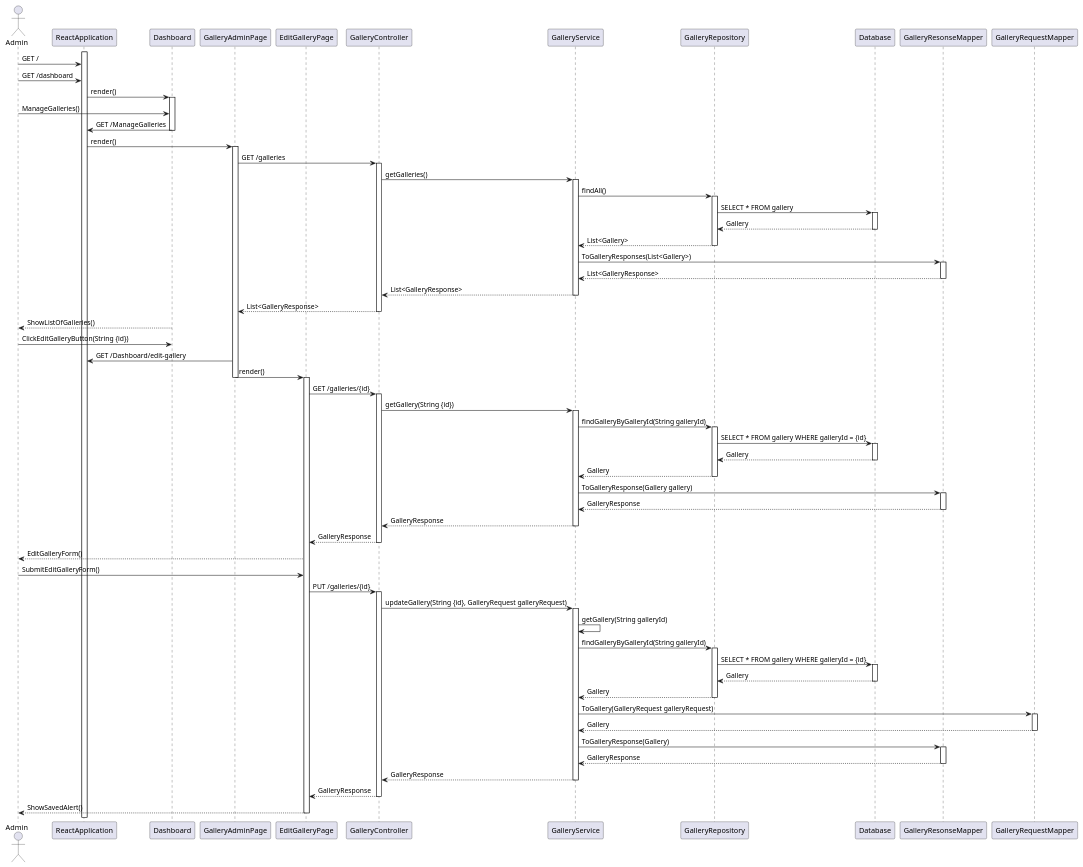
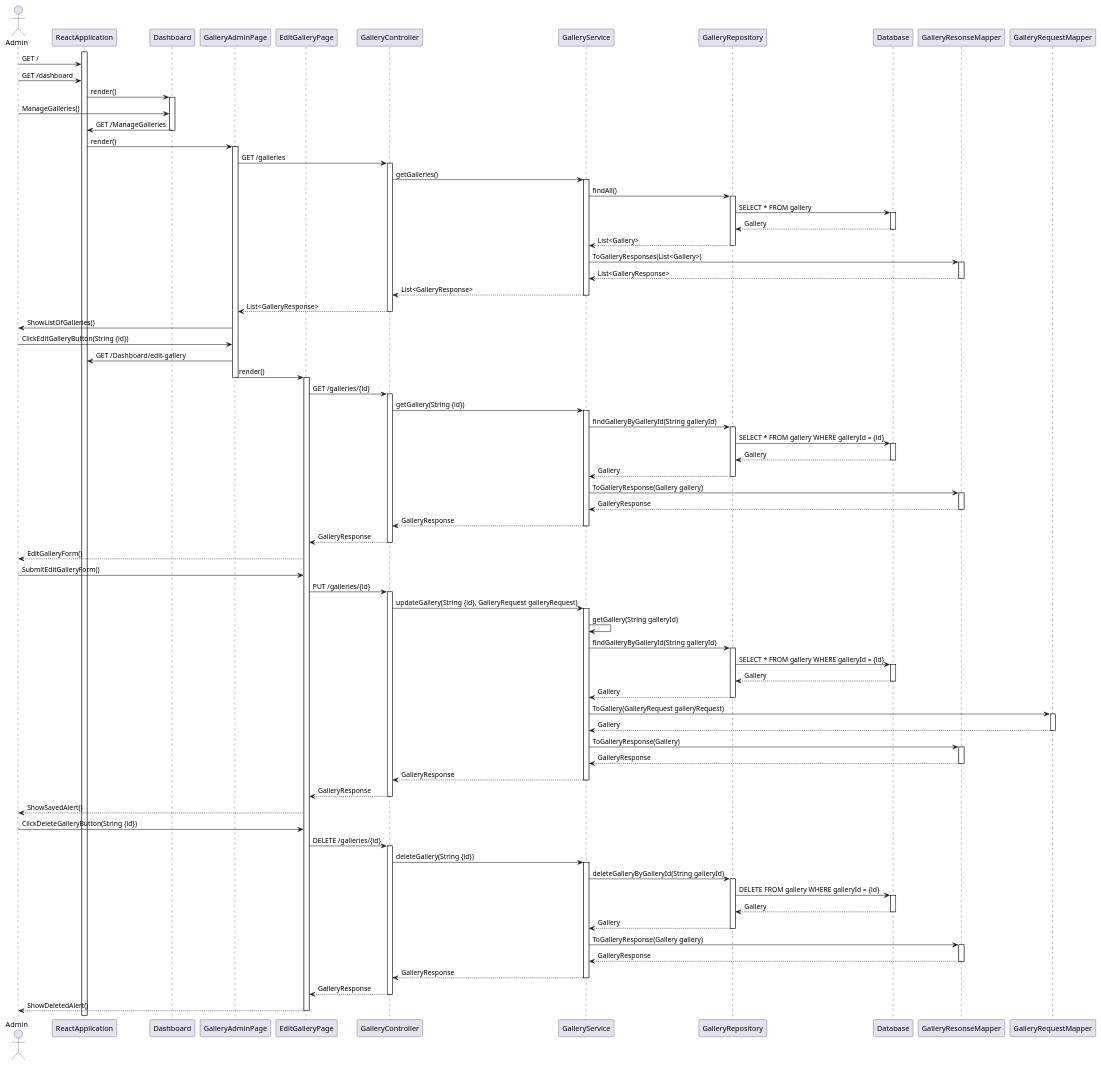
One commit to DylanBrass/Corso-Website changed the diagram in Sprint_1/View_Carousel/Design-lvl-SSD-Admin.puml. Above: the diagram before and after it, drawn with PlantUML. The commit also changed 1 other file, not shown here.

Commit message:
Update the use case diagrams

```diff
--- a/Sprint_1/View_Carousel/Design-lvl-SSD-Admin.puml
+++ b/Sprint_1/View_Carousel/Design-lvl-SSD-Admin.puml
@@ -67,9 +67,9 @@
 deactivate GalleryController
 
 
-Dashboard --> Admin : ShowListOfGalleries()
+GalleryAdminPage -> Admin : ShowListOfGalleries()
 
-Admin -> Dashboard : ClickEditGalleryButton(String {id})
+Admin -> GalleryAdminPage : ClickEditGalleryButton(String {id})
 
 
 
@@ -183,11 +183,51 @@
 
     EditGalleryPage --> Admin : ShowSavedAlert()
 
+    Admin -> EditGalleryPage : ClickDeleteGalleryButton(String {id})
+
+    EditGalleryPage -> GalleryController : DELETE /galleries/{id}
+
+    activate GalleryController
+
+    GalleryController -> GalleryService : deleteGallery(String {id})
+
+    activate GalleryService
+
+    GalleryService -> GalleryRepository : deleteGalleryByGalleryId(String galleryId)
+
+    activate GalleryRepository
+
+    GalleryRepository -> Database : DELETE FROM gallery WHERE galleryId = {id}
+
+    activate Database
+
+    Database --> GalleryRepository : Gallery
+
+    deactivate Database
+
+    GalleryRepository --> GalleryService : Gallery
+
+    deactivate GalleryRepository
 
 
+    GalleryService -> GalleryResonseMapper : ToGalleryResponse(Gallery gallery)
+
+    activate GalleryResonseMapper
+
+    GalleryResonseMapper --> GalleryService : GalleryResponse
+
+    deactivate GalleryResonseMapper
+
+    GalleryService --> GalleryController : GalleryResponse
+
+    deactivate GalleryService
 
 
+    GalleryController --> EditGalleryPage : GalleryResponse
 
+    deactivate GalleryController
+
+    EditGalleryPage --> Admin : ShowDeletedAlert()
 
     deactivate EditGalleryPage
 
@@ -202,5 +242,4 @@
 
 
 
-
 @endpuml
```
